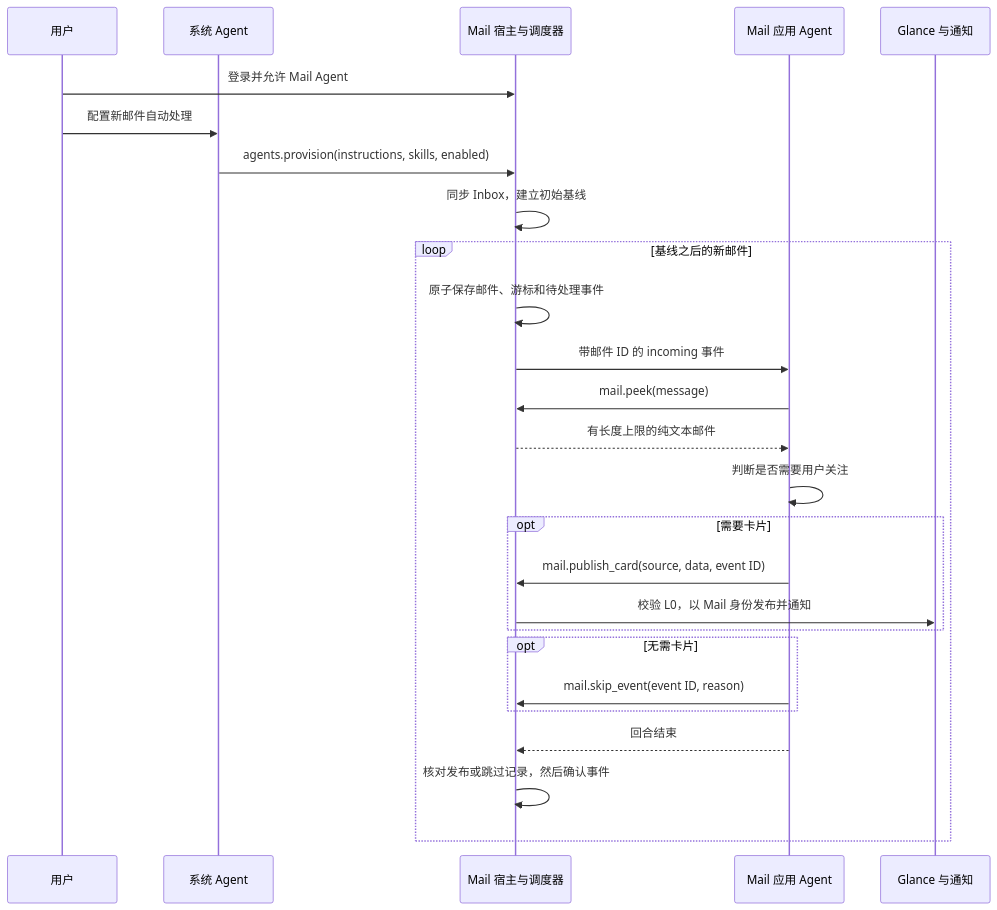
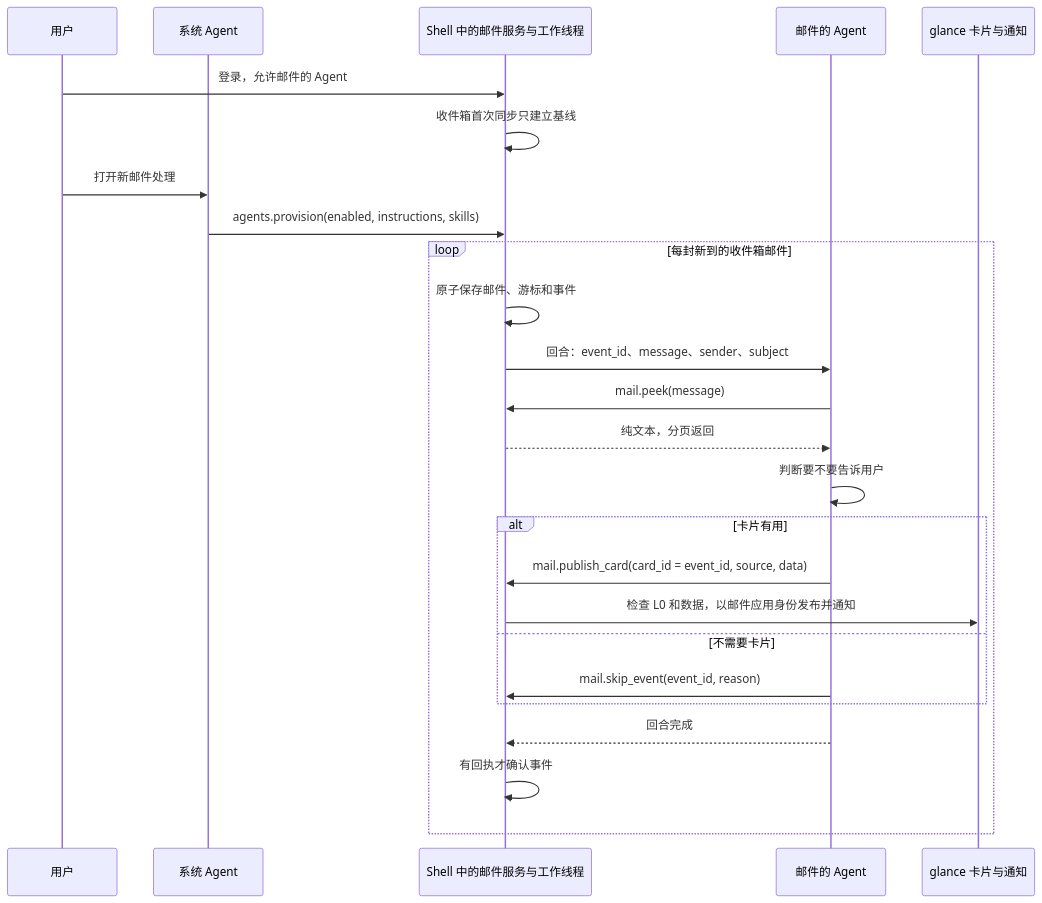
One commit to OctoSense-org/OctoSense changed the diagram in docs/mail-agent-events.zh-CN.md. Above: the diagram before and after it, drawn with Mermaid. The commit also changed other lines of this file and 12 other files, not shown here.

````diff
--- a/docs/mail-agent-events.zh-CN.md
+++ b/docs/mail-agent-events.zh-CN.md
@@ -10,28 +13,27 @@
 ```mermaid
 sequenceDiagram
     participant Person as 用户
     participant System as 系统 Agent
-    participant Host as Mail 宿主与调度器
-    participant Mail as Mail 应用 Agent
-    participant UI as Glance 与通知
-    Person->>Host: 登录并允许 Mail Agent
-    Person->>System: 配置新邮件自动处理
-    System->>Host: agents.provision(instructions, skills, enabled)
-    Host->>Host: 同步 Inbox，建立初始基线
-    loop 基线之后的新邮件
-        Host->>Host: 原子保存邮件、游标和待处理事件
-        Host->>Mail: 带邮件 ID 的 incoming 事件
+    participant Host as Shell 中的邮件服务与工作线程
+    participant Mail as 邮件的 Agent
+    participant UI as glance 卡片与通知
+    Person->>Host: 登录，允许邮件的 Agent
+    Host->>Host: 收件箱首次同步只建立基线
+    Person->>System: 打开新邮件处理
+    System->>Host: agents.provision(enabled, instructions, skills)
+    loop 每封新到的收件箱邮件
+        Host->>Host: 原子保存邮件、游标和事件
+        Host->>Mail: 回合：event_id、message、sender、subject
         Mail->>Host: mail.peek(message)
-        Host-->>Mail: 有长度上限的纯文本邮件
-        Mail->>Mail: 判断是否需要用户关注
-        opt 需要卡片
-            Mail->>Host: mail.publish_card(source, data, event ID)
-            Host->>UI: 校验 L0，以 Mail 身份发布并通知
+        Host-->>Mail: 纯文本，分页返回
+        Mail->>Mail: 判断要不要告诉用户
+        alt 卡片有用
+            Mail->>Host: mail.publish_card(card_id = event_id, source, data)
+            Host->>UI: 检查 L0 和数据，以邮件应用身份发布并通知
+        else 不需要卡片
+            Mail->>Host: mail.skip_event(event_id, reason)
         end
-        opt 无需卡片
-            Mail->>Host: mail.skip_event(event ID, reason)
-        end
-        Mail-->>Host: 回合结束
-        Host->>Host: 核对发布或跳过记录，然后确认事件
+        Mail-->>Host: 回合完成
+        Host->>Host: 有回执才确认事件
     end
 ```
````
